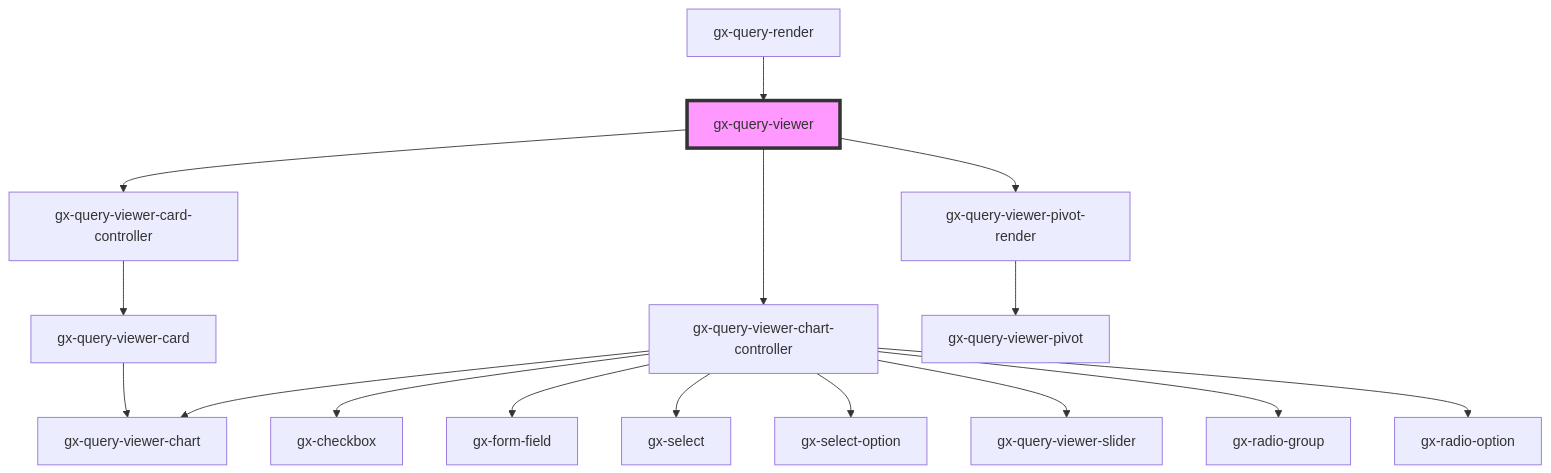
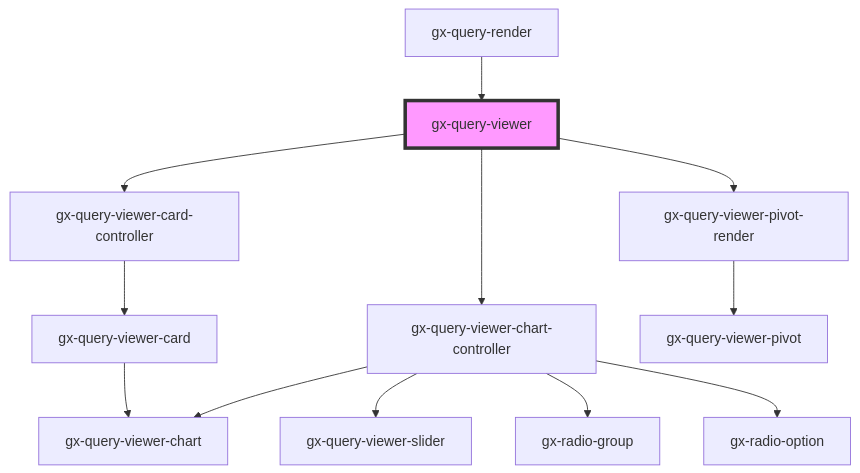
Before and after one commit to genexuslabs/reporting-controls-library: the diagram in src/components/query-viewer/readme.md, drawn with Mermaid. The commit also changed 3 other files, not shown here.

Commit message:
WA for the Compare With's comboBox in the timeline, it has been disabled due to functionality issues

````diff
--- a/src/components/query-viewer/readme.md
+++ b/src/components/query-viewer/readme.md
@@ -116,19 +116,15 @@
 ```mermaid
 graph TD;
   gx-query-viewer --> gx-query-viewer-card-controller
   gx-query-viewer --> gx-query-viewer-chart-controller
   gx-query-viewer --> gx-query-viewer-pivot-render
   gx-query-viewer-card-controller --> gx-query-viewer-card
   gx-query-viewer-card --> gx-query-viewer-chart
   gx-query-viewer-chart-controller --> gx-query-viewer-chart
-  gx-query-viewer-chart-controller --> gx-checkbox
-  gx-query-viewer-chart-controller --> gx-form-field
-  gx-query-viewer-chart-controller --> gx-select
-  gx-query-viewer-chart-controller --> gx-select-option
   gx-query-viewer-chart-controller --> gx-query-viewer-slider
   gx-query-viewer-chart-controller --> gx-radio-group
   gx-query-viewer-chart-controller --> gx-radio-option
   gx-query-viewer-pivot-render --> gx-query-viewer-pivot
   gx-query-render --> gx-query-viewer
   style gx-query-viewer fill:#f9f,stroke:#333,stroke-width:4px
 ```
````
